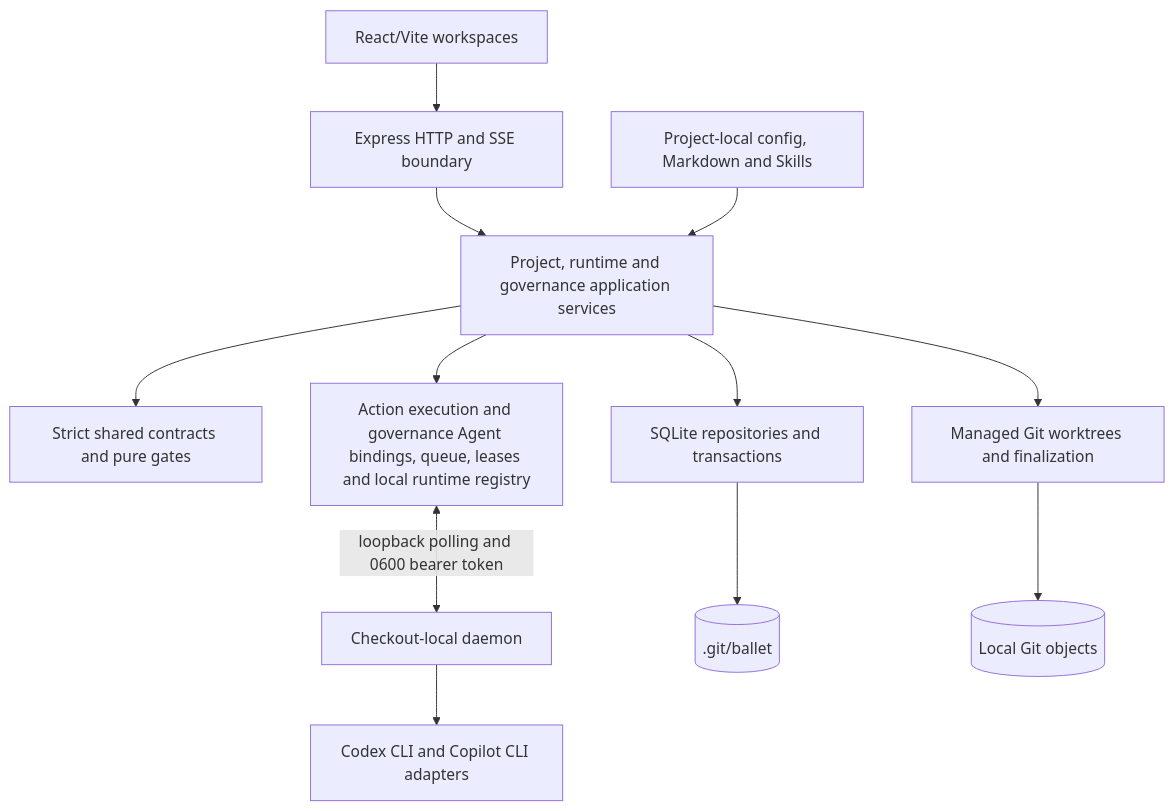
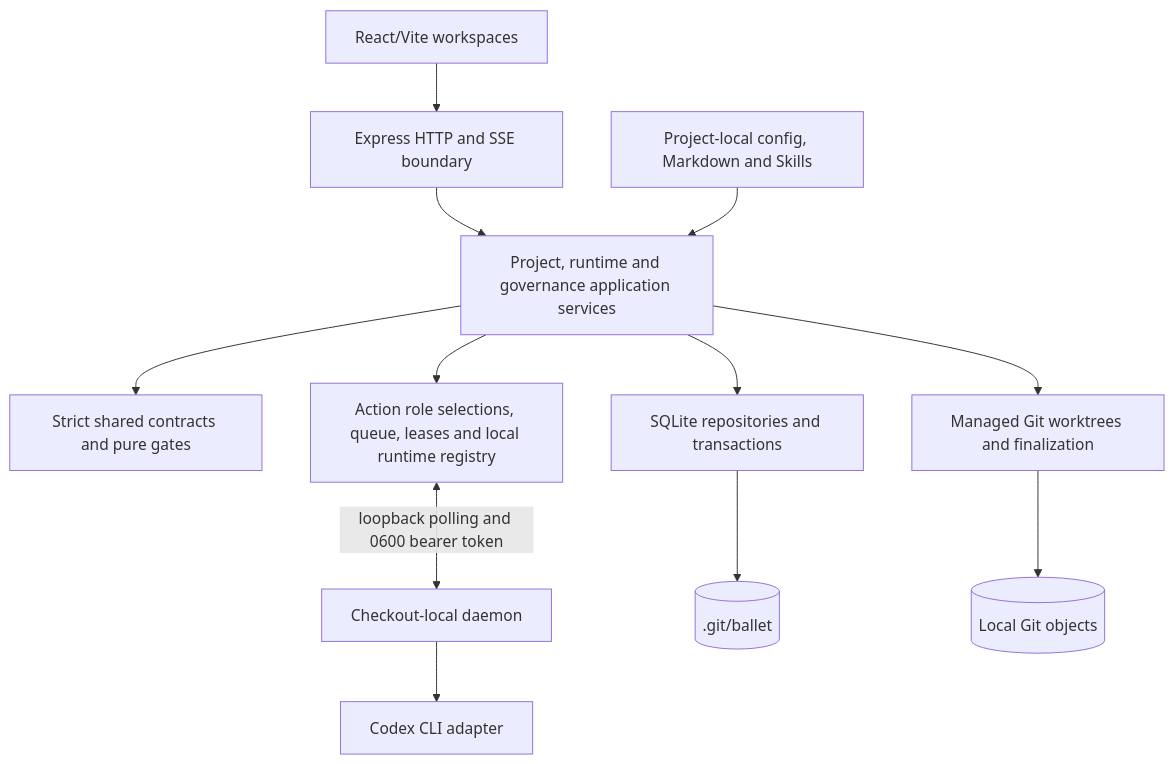
Before and after one commit to isinisalo/ballet: the second of 6 diagrams in ARCHITECTURE.md, drawn with Mermaid. The commit also changed other lines of this file and 135 other files, not shown here.

Commit message:
codex based critic and refinement agent

````diff
--- a/ARCHITECTURE.md
+++ b/ARCHITECTURE.md
@@ -48,14 +48,14 @@
 ```mermaid
 flowchart TB
   UI[React/Vite workspaces] --> HTTP[Express HTTP and SSE boundary]
   HTTP --> App[Project, runtime and governance application services]
   App --> Shared[Strict shared contracts and pure gates]
   App --> Persistence[SQLite repositories and transactions]
-  App --> LocalRuntime[Action execution and governance Agent bindings, queue, leases and local runtime registry]
+  App --> LocalRuntime[Action role selections, queue, leases and local runtime registry]
   LocalRuntime <-->|loopback polling and 0600 bearer token| Daemon[Checkout-local daemon]
-  Daemon --> Execution[Codex CLI and Copilot CLI adapters]
+  Daemon --> Execution[Codex CLI adapter]
   App --> Workspace[Managed Git worktrees and finalization]
   Project[Project-local config, Markdown and Skills] --> App
   Persistence --> Local[(.git/ballet)]
   Workspace --> Git[(Local Git objects)]
 ```
````
